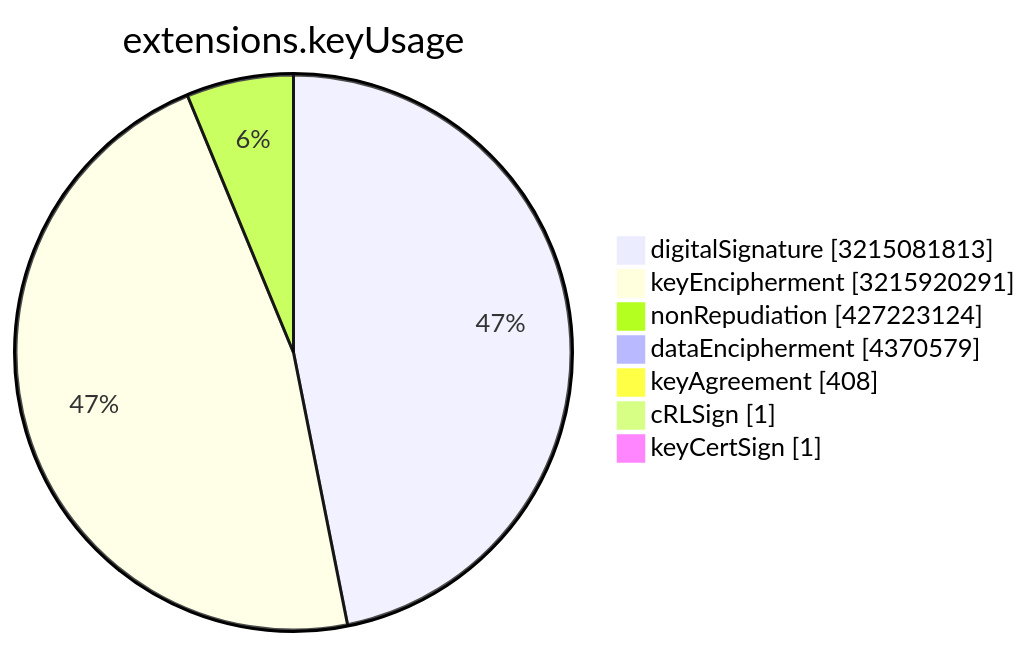
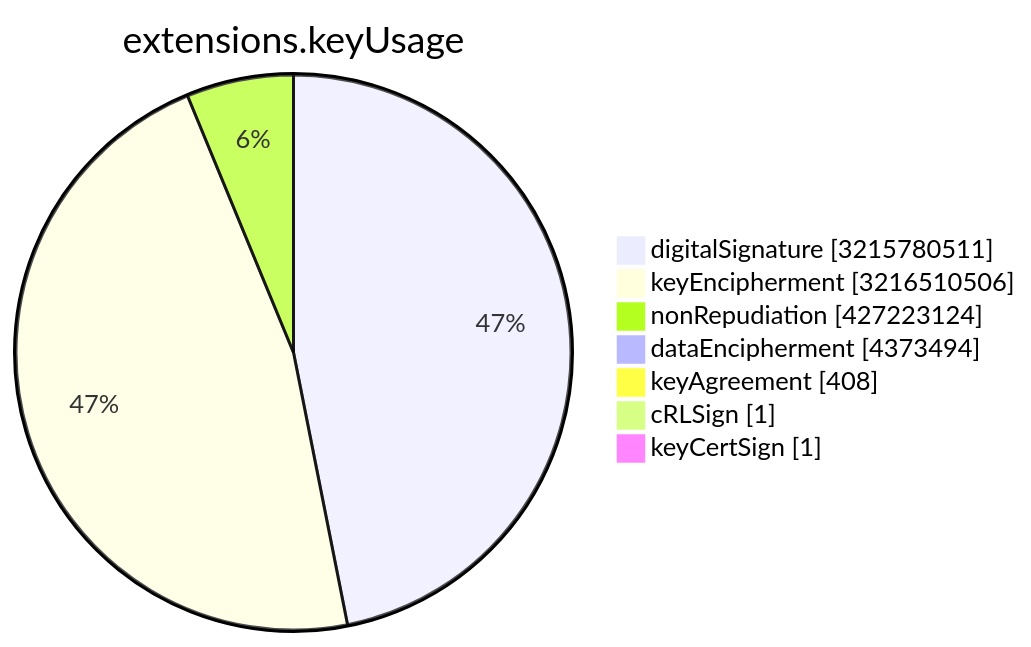
Before and after one commit to christiankrug/ctmonitor_visualization: the sixth of 15 diagrams in TOTAL/README.md, drawn with Mermaid. The commit also changed other lines of this file, not shown here.

````diff
--- a/TOTAL/README.md
+++ b/TOTAL/README.md
@@ -3077,11 +3077,11 @@
 ```mermaid
 pie showData
 title extensions.keyUsage
-"digitalSignature" :3215081813
-"keyEncipherment" :3215920291
+"digitalSignature" :3215780511
+"keyEncipherment" :3216510506
 "nonRepudiation" :427223124
-"dataEncipherment" :4370579
+"dataEncipherment" :4373494
 "keyAgreement" :408
 "cRLSign" :1
 "keyCertSign" :1
 ```
````
